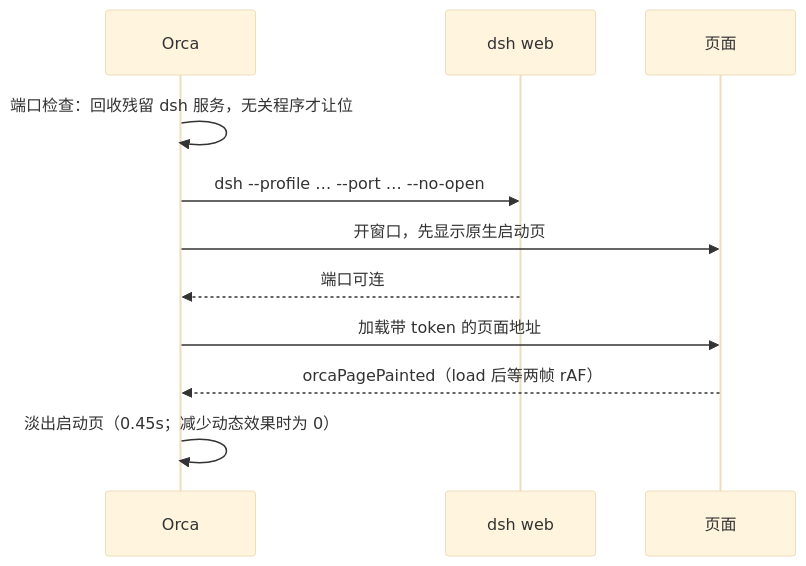
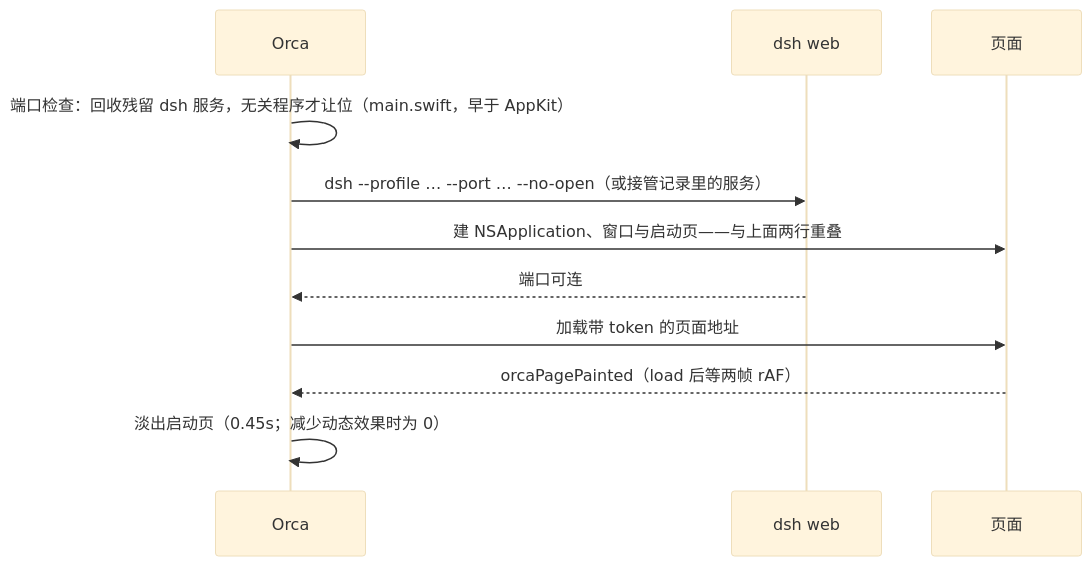
Before and after one commit to lackie987/Orca: the diagram in README.md, drawn with Mermaid (base theme). The commit also changed other lines of this file, not shown here.

````diff
--- a/README.md
+++ b/README.md
@@ -77,13 +77,13 @@
 ```mermaid
 sequenceDiagram
     participant 壳 as Orca
     participant S as dsh web
     participant P as 页面
-    壳->>壳: 端口检查：回收残留 dsh 服务，无关程序才让位
-    壳->>S: dsh --profile … --port … --no-open
-    壳->>P: 开窗口，先显示原生启动页
+    壳->>壳: 端口检查：回收残留 dsh 服务，无关程序才让位（main.swift，早于 AppKit）
+    壳->>S: dsh --profile … --port … --no-open（或接管记录里的服务）
+    壳->>P: 建 NSApplication、窗口与启动页——与上面两行重叠
     S-->>壳: 端口可连
     壳->>P: 加载带 token 的页面地址
     P-->>壳: orcaPagePainted（load 后等两帧 rAF）
     壳->>壳: 淡出启动页（0.45s；减少动态效果时为 0）
 ```
````
